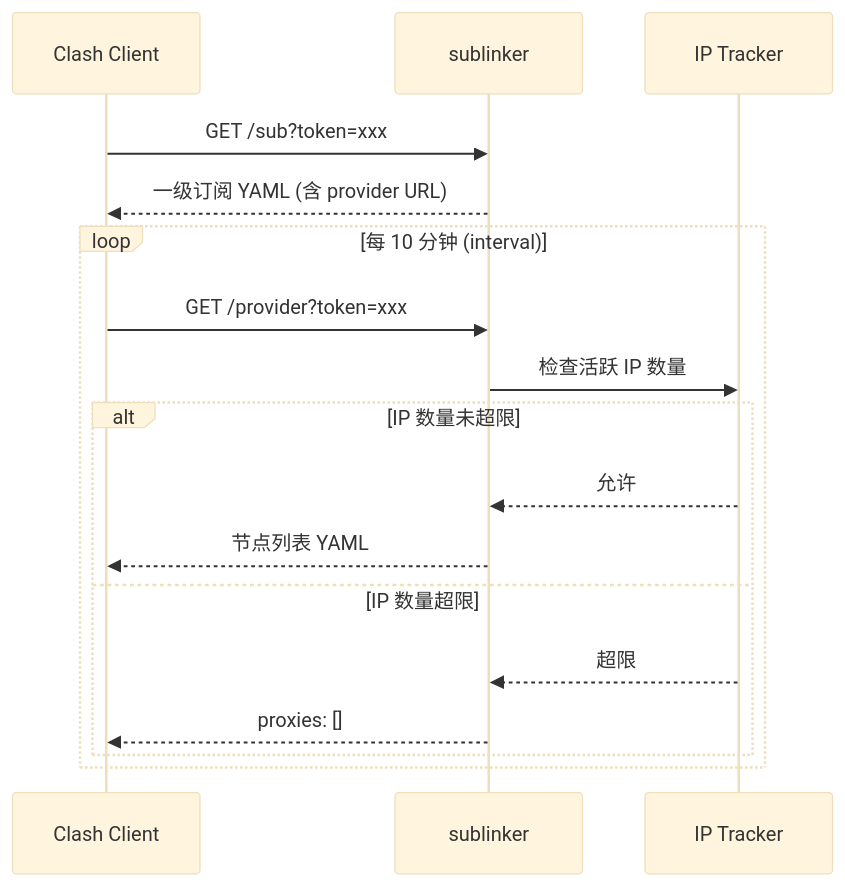
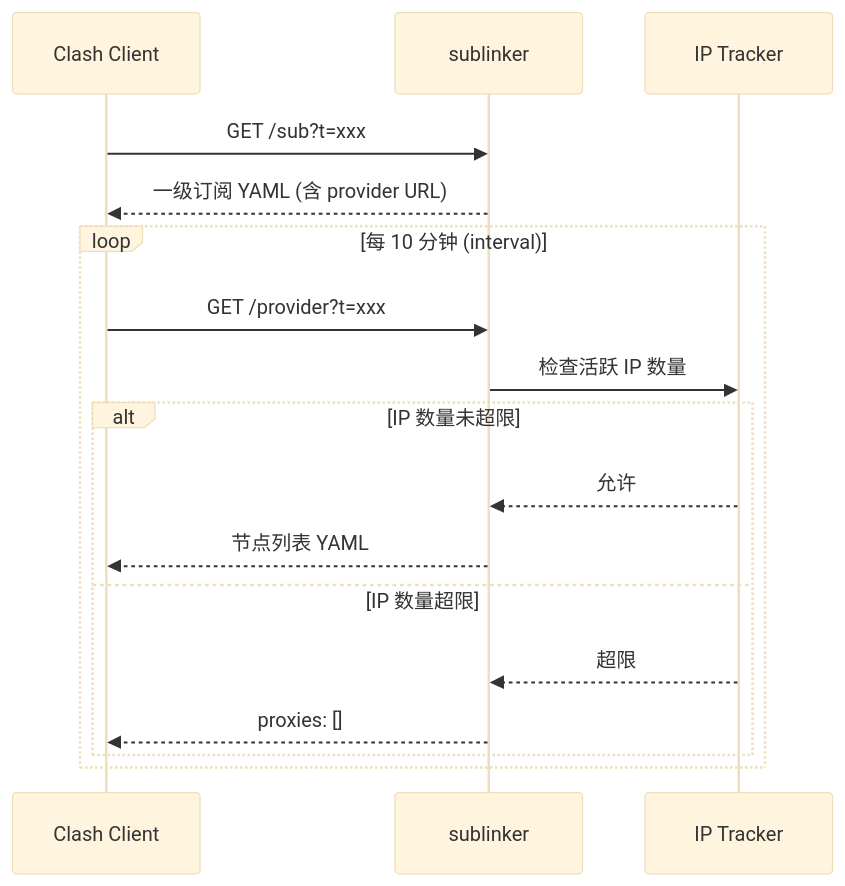
The diagram in README.md (zenvor/sublinker), drawn with Mermaid (base theme) before and after one commit. The commit also changed other lines of this file and 6 other files, not shown here.

````diff
--- a/README.md
+++ b/README.md
@@ -37,21 +37,21 @@
 ```mermaid
 sequenceDiagram
     participant C as Clash Client
     participant G as sublinker
     participant IP as IP Tracker
 
-    C->>G: GET /sub?token=xxx
+    C->>G: GET /sub?t=xxx
     G-->>C: 一级订阅 YAML (含 provider URL)
 
     loop 每 10 分钟 (interval)
-        C->>G: GET /provider?token=xxx
+        C->>G: GET /provider?t=xxx
         G->>IP: 检查活跃 IP 数量
         alt IP 数量未超限
             IP-->>G: 允许
             G-->>C: 节点列表 YAML
         else IP 数量超限
             IP-->>G: 超限
             G-->>C: proxies: []
         end
     end
 ```
````
